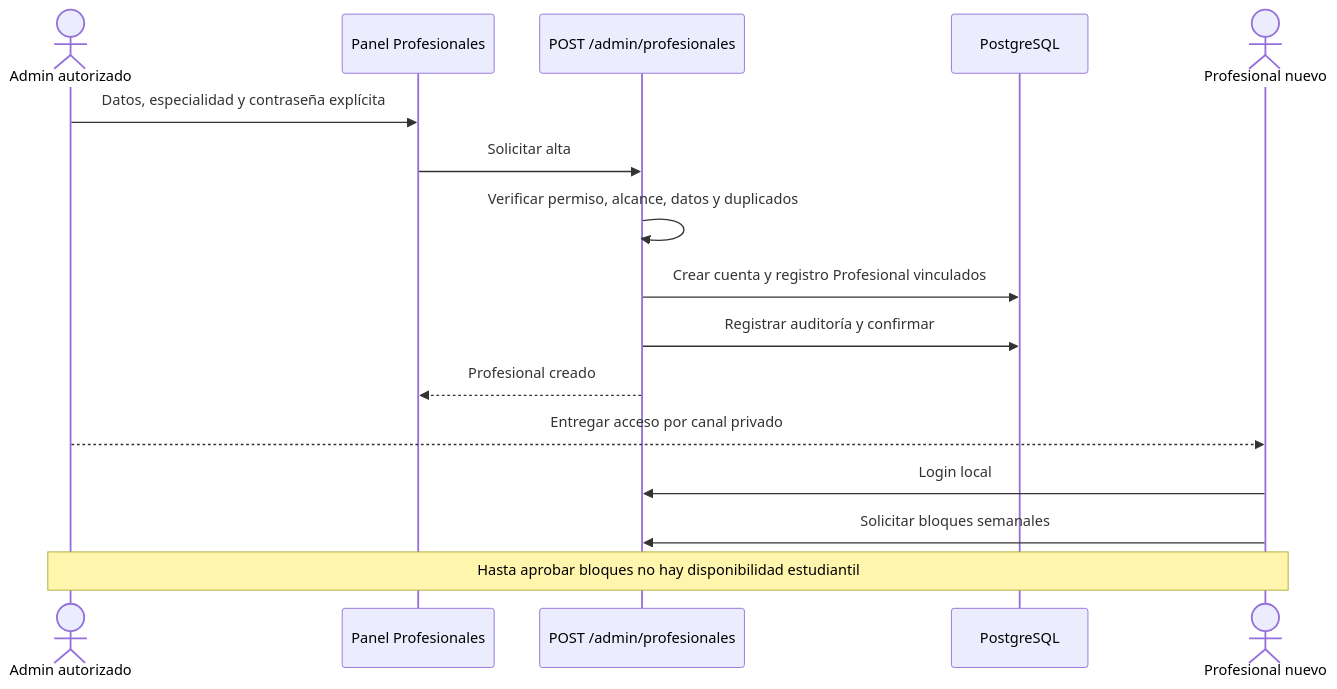
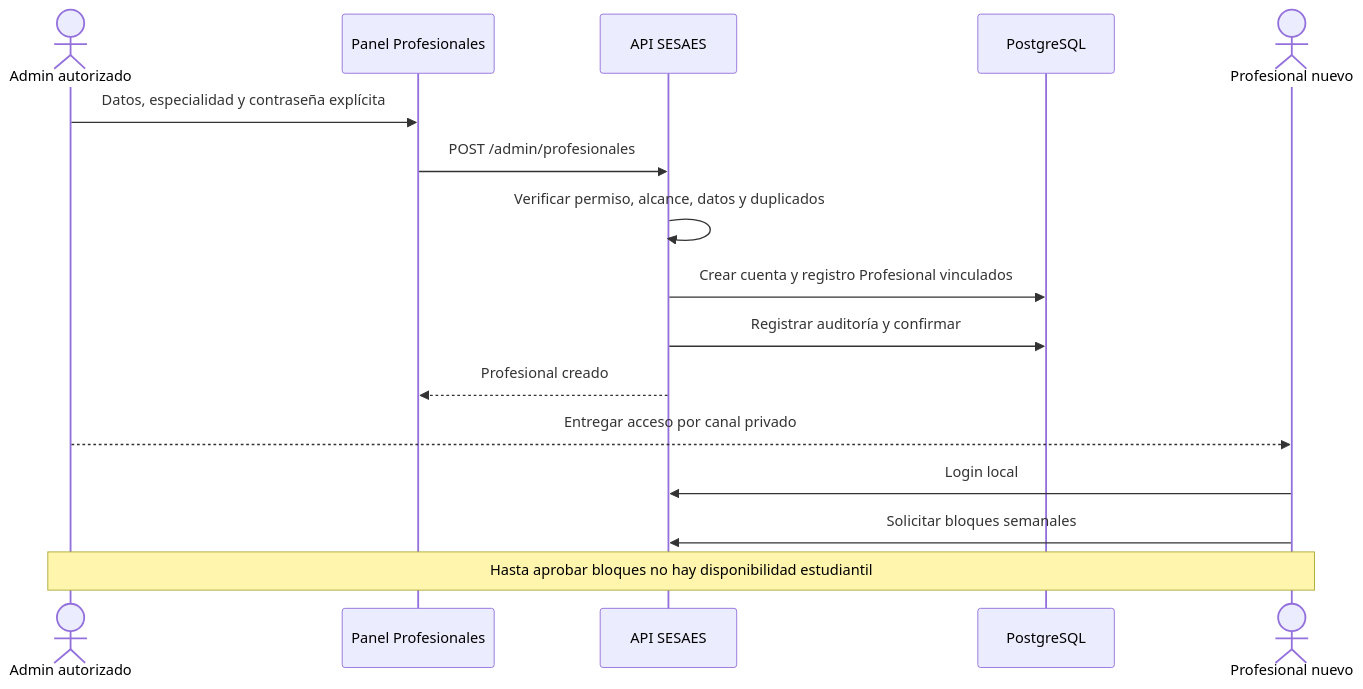
One commit to xxt-cote/Proyecto-de-titulo-SESAES changed the fifth of 8 diagrams in docs/DIAGRAMAS.md. Above: the diagram before and after it, drawn with Mermaid. The commit also changed 7 other files, not shown here.

````diff
--- a/docs/DIAGRAMAS.md
+++ b/docs/DIAGRAMAS.md
@@ -127,18 +127,18 @@
 ```mermaid
 sequenceDiagram
     actor A as Admin autorizado
     participant W as Panel Profesionales
-    participant API as POST /admin/profesionales
+    participant API as API SESAES
     participant DB as PostgreSQL
     actor P as Profesional nuevo
     A->>W: Datos, especialidad y contraseña explícita
-    W->>API: Solicitar alta
+    W->>API: POST /admin/profesionales
     API->>API: Verificar permiso, alcance, datos y duplicados
     API->>DB: Crear cuenta y registro Profesional vinculados
     API->>DB: Registrar auditoría y confirmar
     API-->>W: Profesional creado
     A-->>P: Entregar acceso por canal privado
     P->>API: Login local
     P->>API: Solicitar bloques semanales
     Note over A,P: Hasta aprobar bloques no hay disponibilidad estudiantil
 ```
````
